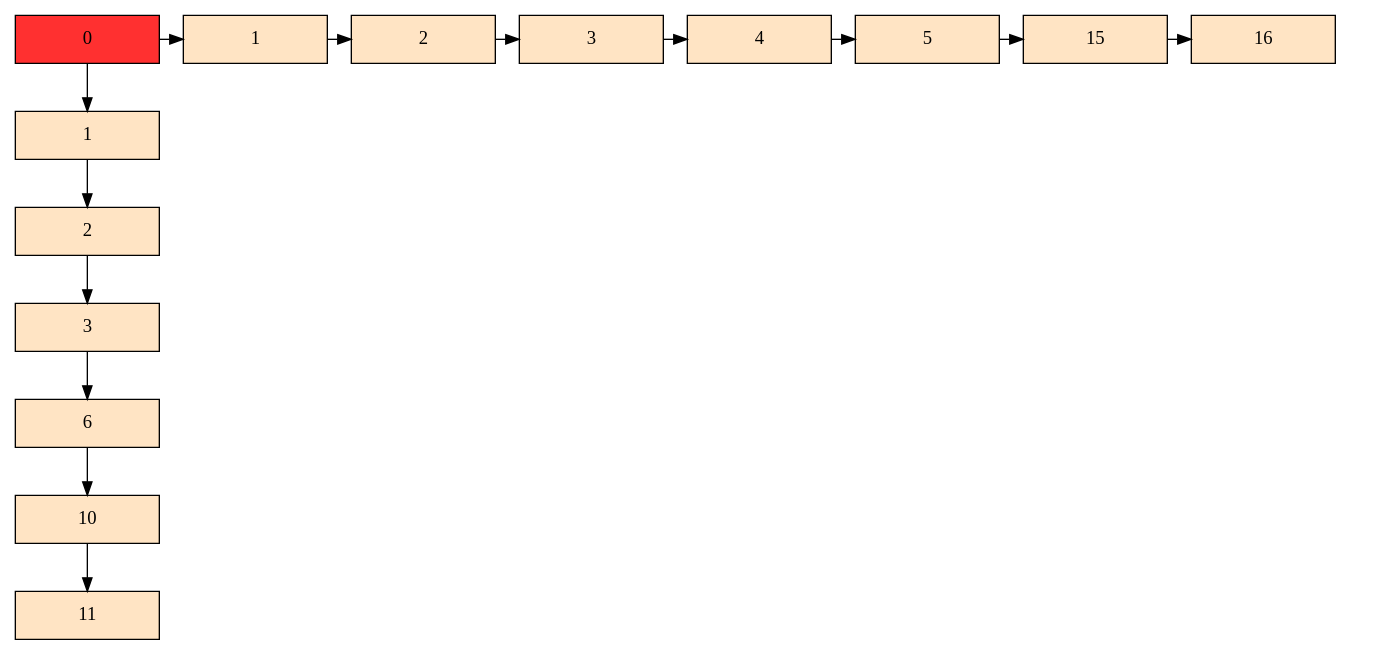
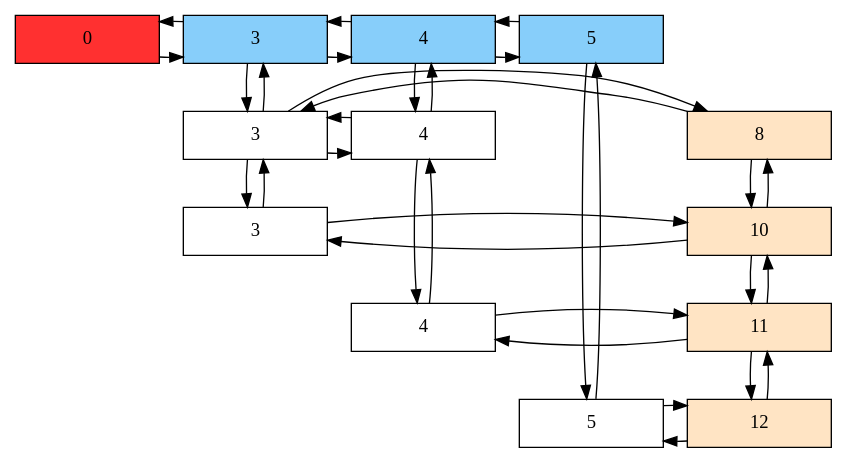
Before and after one commit to EdsonArmando/EDD_2S2019_PY1_201701029: the diagram in matrix.dot, drawn with Graphviz. The commit also changed 54 other files, not shown here.

```diff
--- a/matrix.dot
+++ b/matrix.dot
@@ -1,32 +1,56 @@
 digraph Sparce_Matrix {
  node [shape=box]
   Mt[ label = "0", width = 1.5, style = filled, fillcolor = firebrick1, group = 1 ];
 e0[ shape = point, width = 0 ];
- e1[ shape = point, width = 0 ];A1[label ="1"pos = "5.3,3.5!" width = 1.5 style = filled, fillcolor = bisque1, group = 1 ];
-A2[label ="2"pos = "5.3,3.5!" width = 1.5 style = filled, fillcolor = bisque1, group = 1 ];
-A3[label ="3"pos = "5.3,3.5!" width = 1.5 style = filled, fillcolor = bisque1, group = 1 ];
-A4[label ="4"pos = "5.3,3.5!" width = 1.5 style = filled, fillcolor = bisque1, group = 1 ];
-A5[label ="5"pos = "5.3,3.5!" width = 1.5 style = filled, fillcolor = bisque1, group = 1 ];
-A15[label ="15"pos = "5.3,3.5!" width = 1.5 style = filled, fillcolor = bisque1, group = 1 ];
-A16[label ="16"pos = "5.3,3.5!" width = 1.5 style = filled, fillcolor = bisque1, group = 1 ];
-Mt -> A1
-A1->A2
-A2->A3
-A3->A4
-A4->A5
-A5->A15
-A15->A16
-U1[label ="1"pos = "5.3,3.5!" width = 1.5 style = filled, fillcolor = bisque1, group = 1 ];
-U2[label ="2"pos = "5.3,3.5!" width = 1.5 style = filled, fillcolor = bisque1, group = 1 ];
-U3[label ="3"pos = "5.3,3.5!" width = 1.5 style = filled, fillcolor = bisque1, group = 1 ];
-U6[label ="6"pos = "5.3,3.5!" width = 1.5 style = filled, fillcolor = bisque1, group = 1 ];
-U10[label ="10"pos = "5.3,3.5!" width = 1.5 style = filled, fillcolor = bisque1, group = 1 ];
-U11[label ="11"pos = "5.3,3.5!" width = 1.5 style = filled, fillcolor = bisque1, group = 1 ];
-Mt -> U1
-U1->U2
-U2->U3
-U3->U6
-U6->U10
-U10->U11
- { rank = same; Mt;A1;A2;A3;A4;A5;A15;A16;}
+ e1[ shape = point, width = 0 ];
+U8[label = "8" pos = "5.3,3.5!" width = 1.5 style = filled, fillcolor = bisque1, group = 1 ];
+U8 -> N3_L8
+N3_L8 ->U8
+U8 -> U10
+U10 -> U8
+N3_L8 -> N3_L10
+N3_L10 -> N3_L8
+N3_L8[label = "3" width = 1.5, group = 2 ];
+{ rank = same; U8;N3_L8; }
+N3_L8 -> N4_L8
+N4_L8 -> N3_L8
+N4_L8 -> N4_L11
+N4_L11 -> N4_L8
+N4_L8[label = "4" width = 1.5, group = 2 ];
+{ rank = same; U8;N4_L8; }
+U10[label = "10" pos = "5.3,3.5!" width = 1.5 style = filled, fillcolor = bisque1, group = 1 ];
+U10 -> N3_L10
+N3_L10 ->U10
+U10 -> U11
+U11 -> U10
+N3_L10[label = "3" width = 1.5, group = 2 ];
+{ rank = same; U10;N3_L10; }
+U11[label = "11" pos = "5.3,3.5!" width = 1.5 style = filled, fillcolor = bisque1, group = 1 ];
+U11 -> N4_L11
+N4_L11 ->U11
+U11 -> U12
+U12 -> U11
+N4_L11[label = "4" width = 1.5, group = 2 ];
+{ rank = same; U11;N4_L11; }
+U12[label = "12" pos = "5.3,3.5!" width = 1.5 style = filled, fillcolor = bisque1, group = 1 ];
+U12 -> N5_L12
+N5_L12 ->U12
+N5_L12[label = "5" width = 1.5, group = 2 ];
+{ rank = same; U12;N5_L12; }
+Mt->A3
+A3->Mt
+A3[label = "3"   width = 1.5 style = filled, fillcolor = lightskyblue, group = 2 ];
+A3 -> N3_L8
+N3_L8 -> A3
+A3 -> A4
+A4 -> A3
+A4[label = "4"   width = 1.5 style = filled, fillcolor = lightskyblue, group = 2 ];
+A4 -> N4_L8
+N4_L8 -> A4
+A4 -> A5
+A5 -> A4
+A5[label = "5"   width = 1.5 style = filled, fillcolor = lightskyblue, group = 2 ];
+A5 -> N5_L12
+N5_L12 -> A5
+ { rank = same; Mt;A3;A4;A5;}
 }
```
